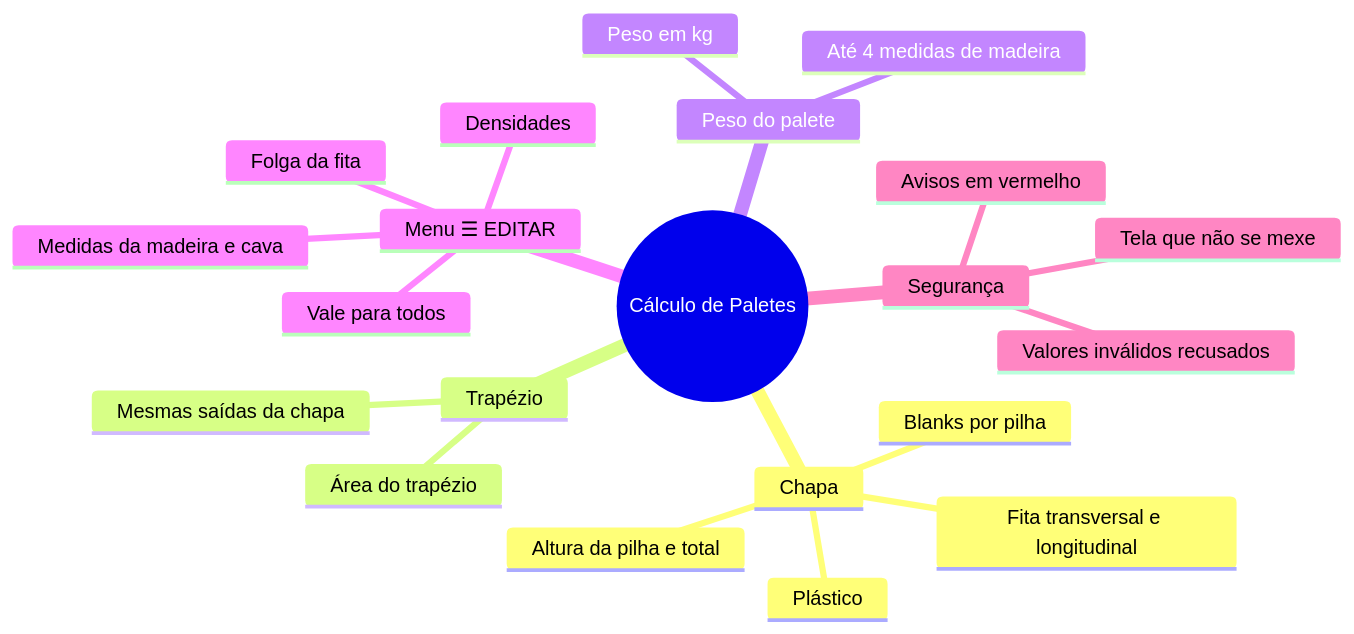
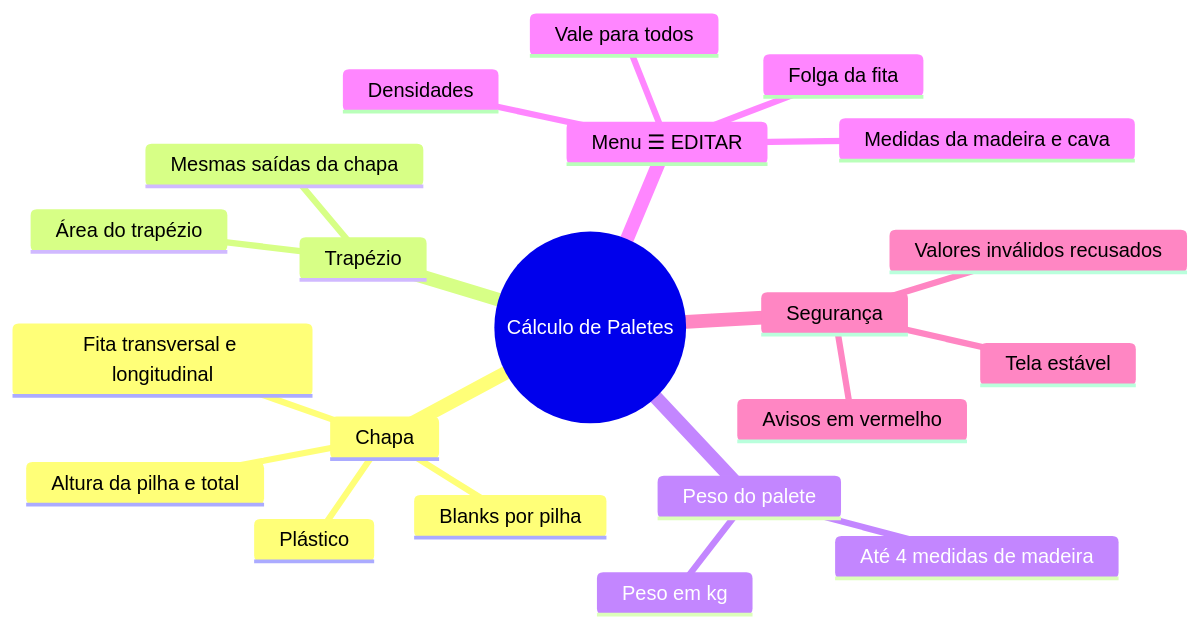
Before and after one commit to jcesarmph-ui/CalculoPaletes: the first of 5 diagrams in README.md, drawn with Mermaid. The commit also changed other lines of this file, not shown here.

````diff
--- a/README.md
+++ b/README.md
@@ -38,24 +38,24 @@
 ```mermaid
 mindmap
   root((Cálculo de Paletes))
     Chapa
       Blanks por pilha
       Altura da pilha e total
       Fita transversal e longitudinal
       Plástico
     Trapézio
       Mesmas saídas da chapa
       Área do trapézio
     Peso do palete
       Até 4 medidas de madeira
       Peso em kg
     Menu ☰ EDITAR
       Densidades
       Medidas da madeira e cava
       Folga da fita
       Vale para todos
     Segurança
       Avisos em vermelho
-      Tela que não se mexe
+      Tela estável
       Valores inválidos recusados
 ```
````
